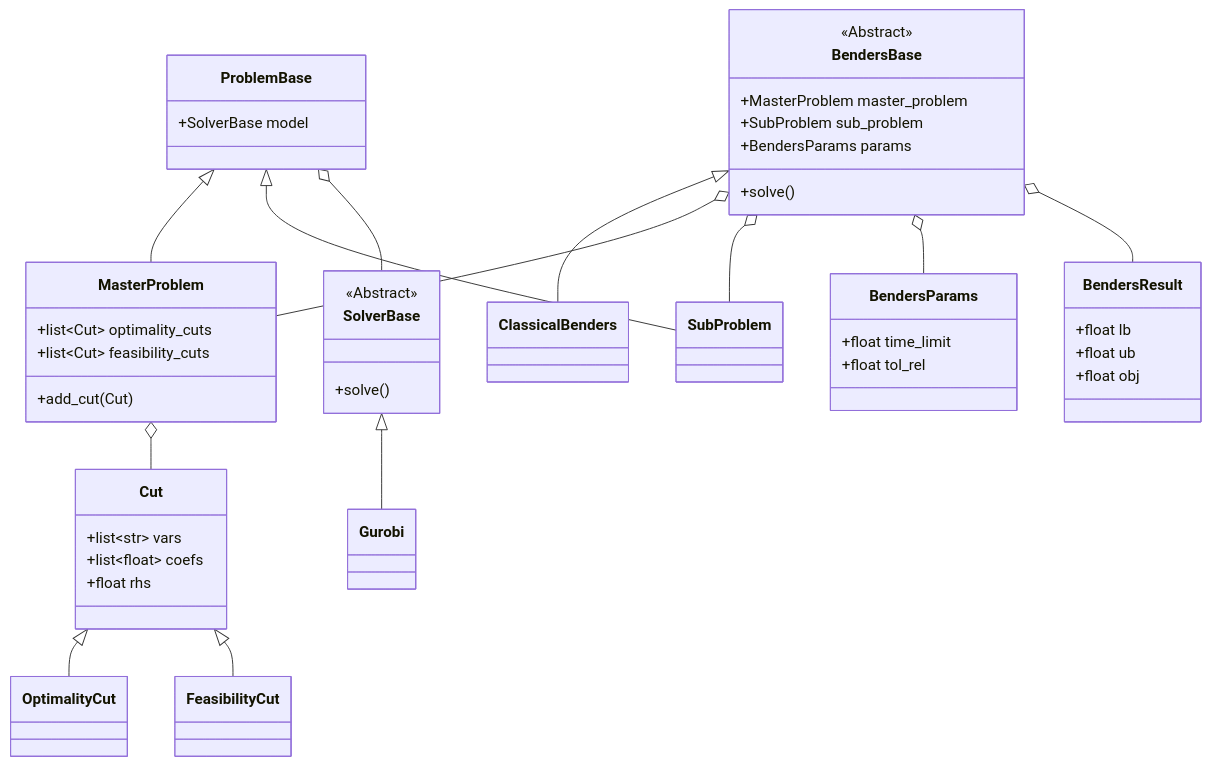
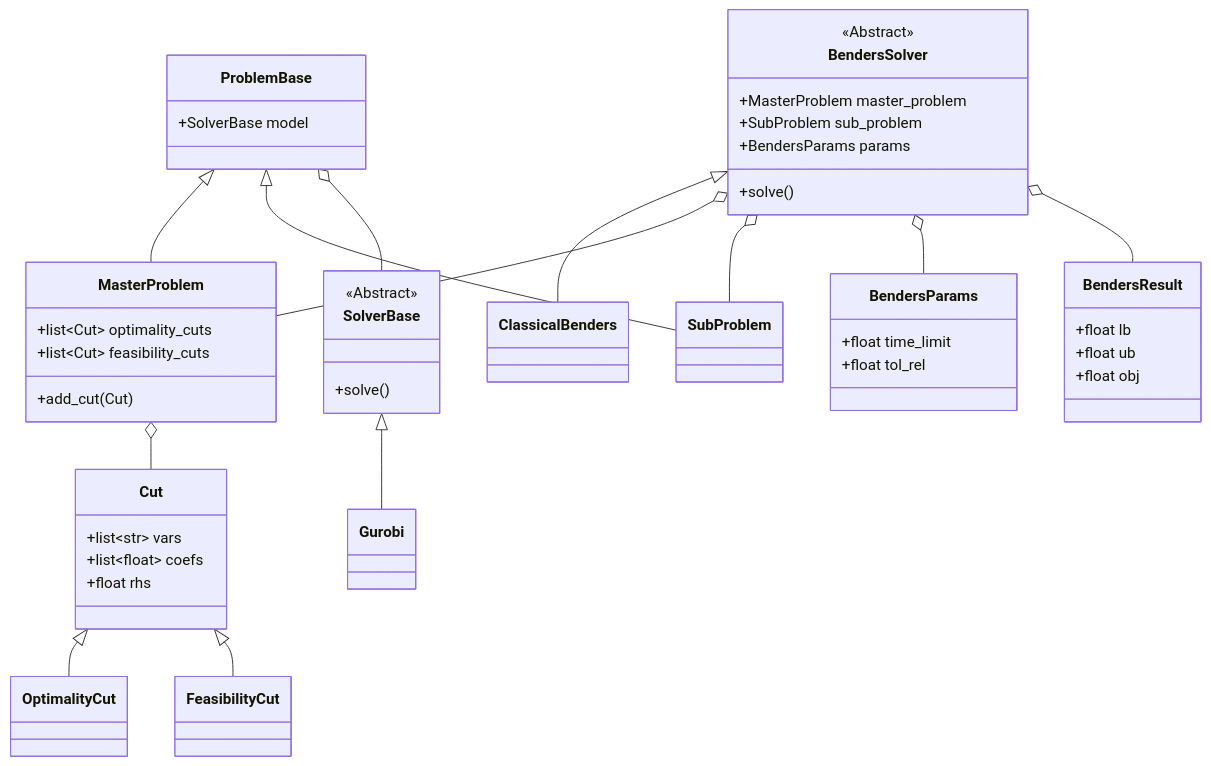
The diagram in docs/source/api/index.rst (sharabhshukla/BendersLib), drawn with Mermaid before and after one commit. The commit also changed 11 other files, not shown here.

```diff
--- a/docs/source/api/index.rst
+++ b/docs/source/api/index.rst
@@ -4,66 +4,66 @@
 .. mermaid::
 
     classDiagram
-        BendersBase <|-- ClassicalBenders
+        BendersSolver <|-- ClassicalBenders
 
         ProblemBase <|-- MasterProblem
         ProblemBase <|-- SubProblem
 
-        BendersBase o-- MasterProblem
-        BendersBase o-- SubProblem
-        BendersBase o-- BendersParams
-        BendersBase o-- BendersResult
+        BendersSolver o-- MasterProblem
+        BendersSolver o-- SubProblem
+        BendersSolver o-- BendersParams
+        BendersSolver o-- BendersResult
 
         ProblemBase o-- SolverBase
         SolverBase <|-- Gurobi
 
         Cut <|-- OptimalityCut
         Cut <|-- FeasibilityCut
 
         MasterProblem o-- Cut
 
-        class BendersBase{
+        class BendersSolver{
             +MasterProblem master_problem
             +SubProblem sub_problem
             +BendersParams params
             +solve()
         }
-        <<Abstract>> BendersBase
+        <<Abstract>> BendersSolver
 
         class ClassicalBenders
 
         class ProblemBase{
             +SolverBase model
         }
 
         class MasterProblem{
             +list~Cut~ optimality_cuts
             +list~Cut~ feasibility_cuts
             +add_cut(Cut)
         }
         class SubProblem
 
         class SolverBase{
             +solve()
         }
         <<Abstract>> SolverBase
 
         class Cut{
             +list~str~ vars
             +list~float~ coefs
             +float rhs
         }
 
         class OptimalityCut
         class FeasibilityCut
 
         class BendersResult{
             +float lb
             +float ub
             +float obj
         }
 
         class BendersParams{
             +float time_limit
             +float tol_rel
         }
```
